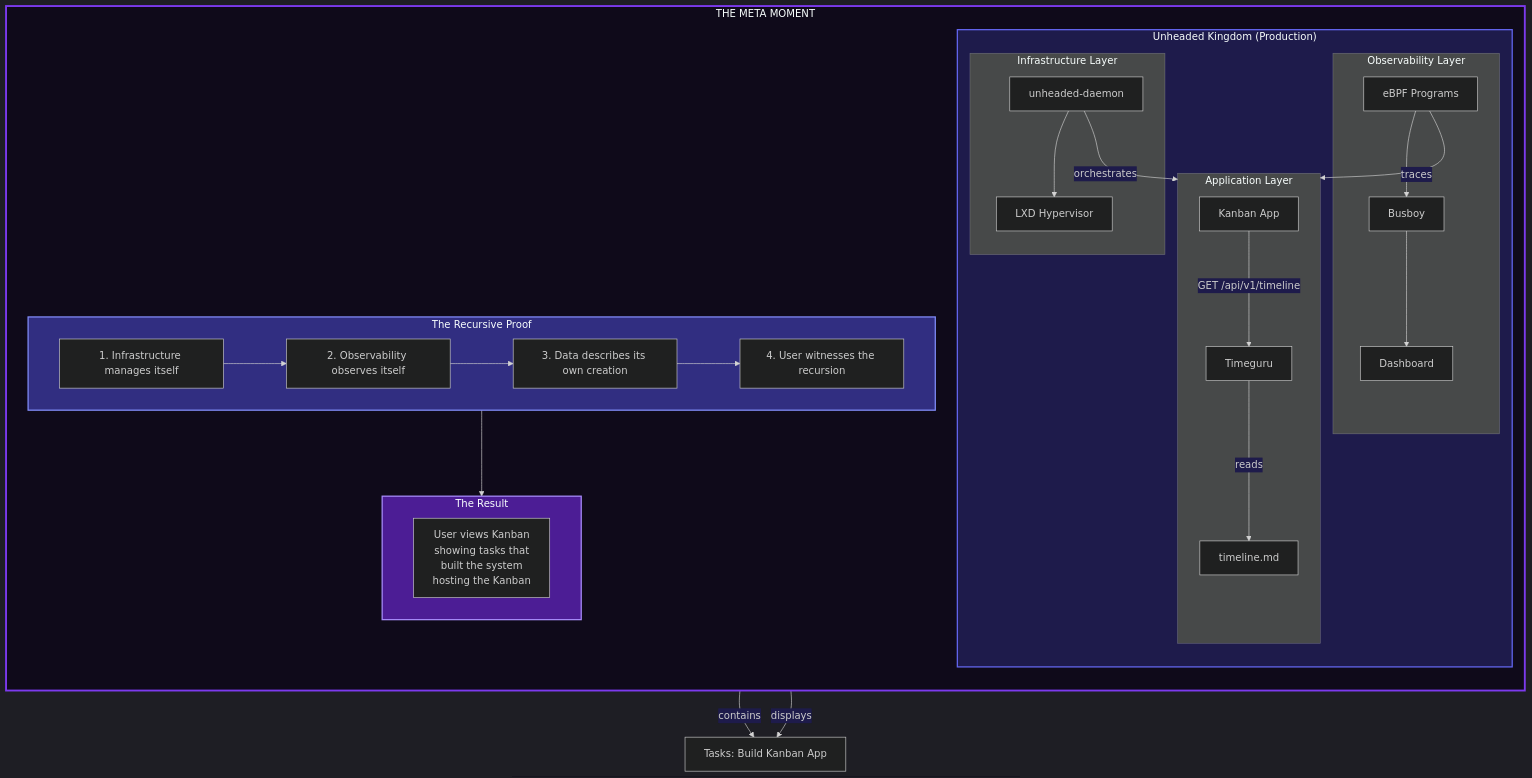
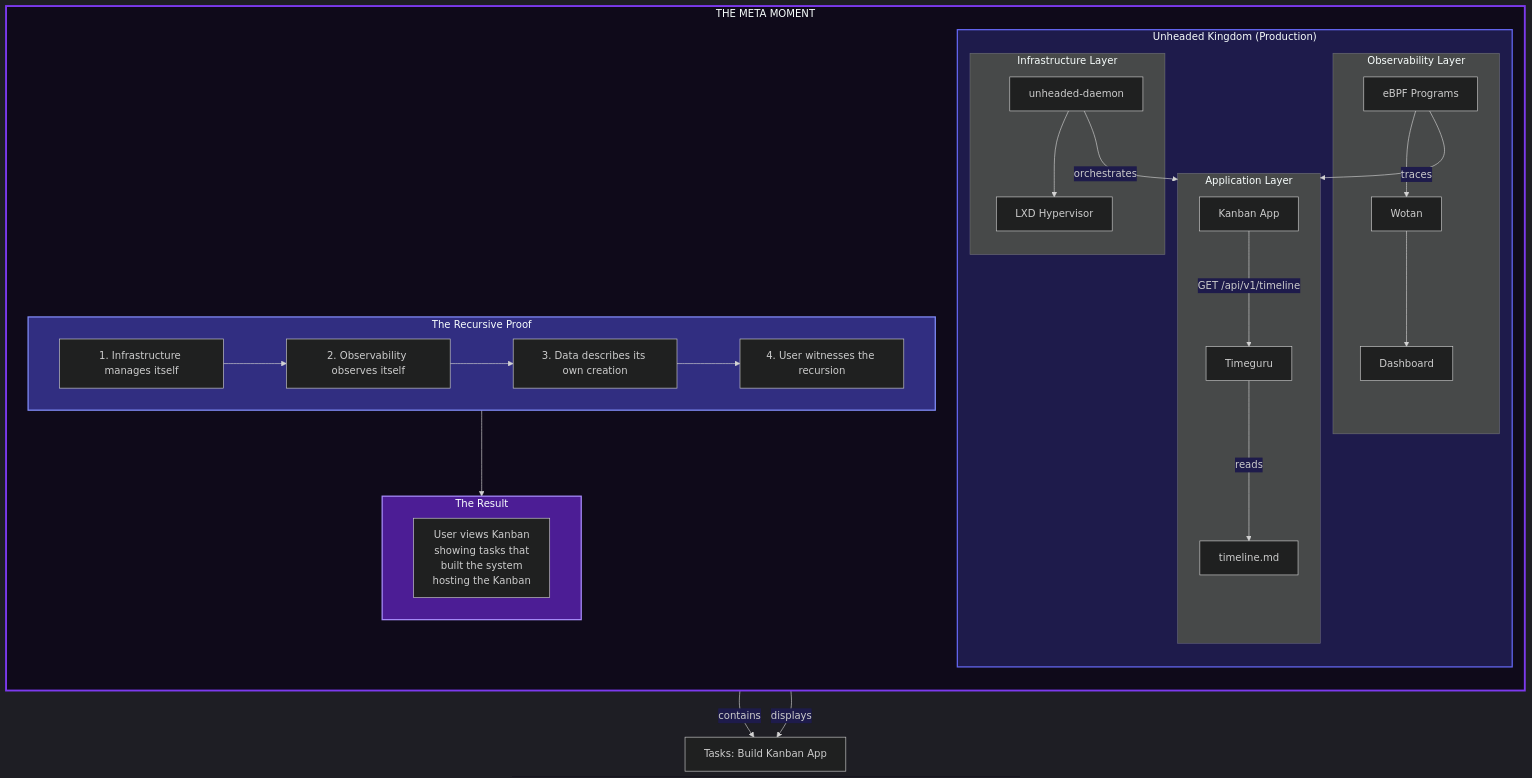
The sixth of 6 diagrams in docs/KINGDOM_ARCHITECTURE.md (unheaded/unheaded), drawn with Mermaid before and after one commit. The commit also changed other lines of this file and 208 other files, not shown here.

First line of the commit message:
refactor: busboy → wotan content replacement across all existing files

````diff
--- a/docs/KINGDOM_ARCHITECTURE.md
+++ b/docs/KINGDOM_ARCHITECTURE.md
@@ -1657,58 +1657,58 @@
 ```mermaid
 %%{init: {'theme': 'dark', 'themeVariables': { 'primaryColor': '#7c3aed', 'edgeLabelBackground':'#1e1b4b'}}}%%
 flowchart TB
     subgraph META["THE META MOMENT"]
         direction TB
 
         subgraph KINGDOM["Unheaded Kingdom (Production)"]
             subgraph INFRA["Infrastructure Layer"]
                 DAEMON["unheaded-daemon"]
                 LXD["LXD Hypervisor"]
                 DAEMON --> LXD
             end
 
             subgraph TRACE["Observability Layer"]
                 EBPF["eBPF Programs"]
-                BUSBOY["Busboy"]
+                WOTAN["Wotan"]
                 DASH["Dashboard"]
-                EBPF --> BUSBOY
-                BUSBOY --> DASH
+                EBPF --> WOTAN
+                WOTAN --> DASH
             end
 
             subgraph APPS["Application Layer"]
                 KANBAN["Kanban App"]
                 TIME["Timeguru"]
 
                 KANBAN -->|"GET /api/v1/timeline"| TIME
                 TIME -->|"reads"| TIMELINE["timeline.md"]
             end
         end
 
         subgraph PROOF["The Recursive Proof"]
             P1["1. Infrastructure manages itself"]
             P2["2. Observability observes itself"]
             P3["3. Data describes its own creation"]
             P4["4. User witnesses the recursion"]
 
             P1 --> P2
             P2 --> P3
             P3 --> P4
         end
 
         subgraph RESULT["The Result"]
             BROWSER["User views Kanban<br/>showing tasks that<br/>built the system<br/>hosting the Kanban"]
         end
     end
 
     DAEMON -->|"orchestrates"| APPS
     EBPF -->|"traces"| APPS
     TIMELINE -->|"contains"| TASKS["Tasks: Build Kanban App"]
     KANBAN -->|"displays"| TASKS
 
     PROOF --> RESULT
 
     style META fill:#0f0a1a,stroke:#7c3aed,stroke-width:3px
     style KINGDOM fill:#1e1b4b,stroke:#6366f1,stroke-width:2px
     style PROOF fill:#312e81,stroke:#818cf8,stroke-width:2px
     style RESULT fill:#4c1d95,stroke:#a78bfa,stroke-width:2px
 ```
````
